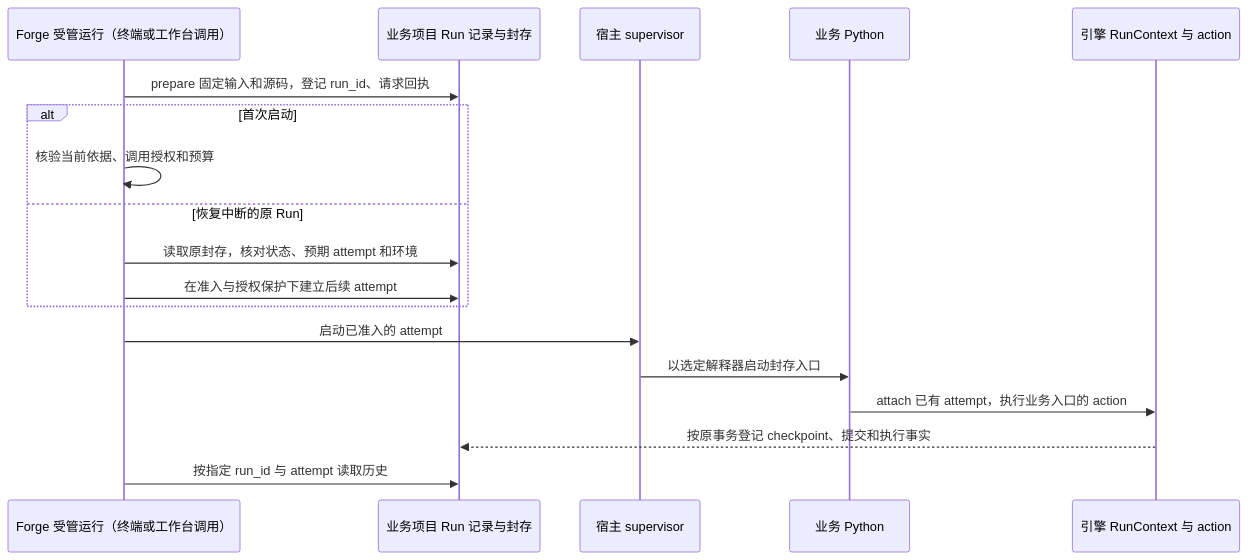
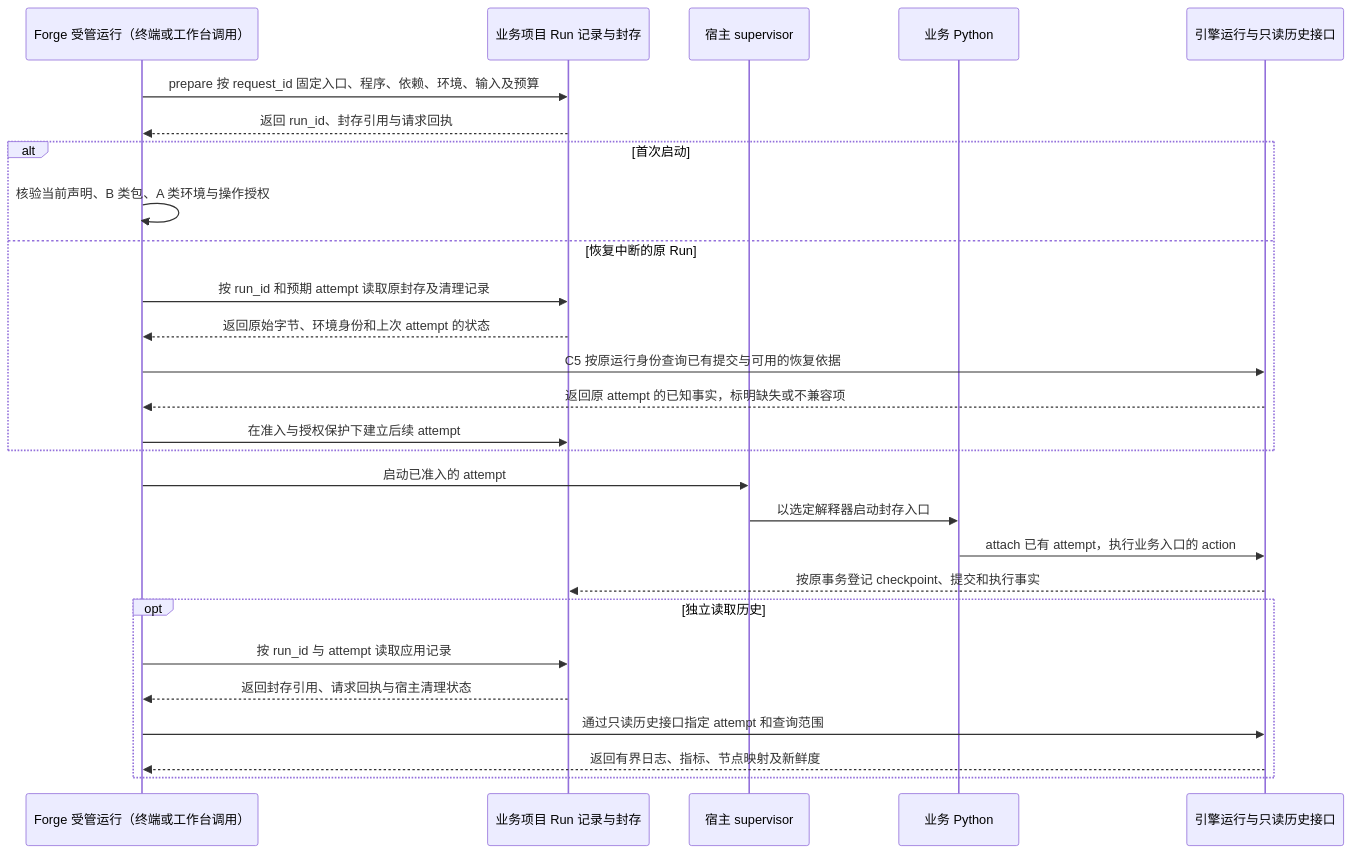
One commit to vincent9299/demiflow changed the sixth of 14 diagrams in docs/demiflow-architecture.md. Above: the diagram before and after it, drawn with Mermaid. The commit also changed other lines of this file, not shown here.

Commit message:
Put inter-module contracts on sequence diagram messages

````diff
--- a/docs/demiflow-architecture.md
+++ b/docs/demiflow-architecture.md
@@ -222,20 +235,29 @@
 ```mermaid
 sequenceDiagram
     participant W as Forge 受管运行（终端或工作台调用）
     participant P as 业务项目 Run 记录与封存
     participant S as 宿主 supervisor
     participant B as 业务 Python
-    participant E as 引擎 RunContext 与 action
-    W->>P: prepare 固定输入和源码，登记 run_id、请求回执
+    participant E as 引擎运行与只读历史接口
+    W->>P: prepare 按 request_id 固定入口、程序、依赖、环境、输入及预算
+    P-->>W: 返回 run_id、封存引用与请求回执
     alt 首次启动
-        W->>W: 核验当前依据、调用授权和预算
+        W->>W: 核验当前声明、B 类包、A 类环境与操作授权
     else 恢复中断的原 Run
-        W->>P: 读取原封存，核对状态、预期 attempt 和环境
+        W->>P: 按 run_id 和预期 attempt 读取原封存及清理记录
+        P-->>W: 返回原始字节、环境身份和上次 attempt 的状态
+        W->>E: C5 按原运行身份查询已有提交与可用的恢复依据
+        E-->>W: 返回原 attempt 的已知事实，标明缺失或不兼容项
         W->>P: 在准入与授权保护下建立后续 attempt
     end
     W->>S: 启动已准入的 attempt
     S->>B: 以选定解释器启动封存入口
     B->>E: attach 已有 attempt，执行业务入口的 action
     E-->>P: 按原事务登记 checkpoint、提交和执行事实
-    W->>P: 按指定 run_id 与 attempt 读取历史
+    opt 独立读取历史
+        W->>P: 按 run_id 与 attempt 读取应用记录
+        P-->>W: 返回封存引用、请求回执与宿主清理状态
+        W->>E: 通过只读历史接口指定 attempt 和查询范围
+        E-->>W: 返回有界日志、指标、节点映射及新鲜度
+    end
 ```
````
